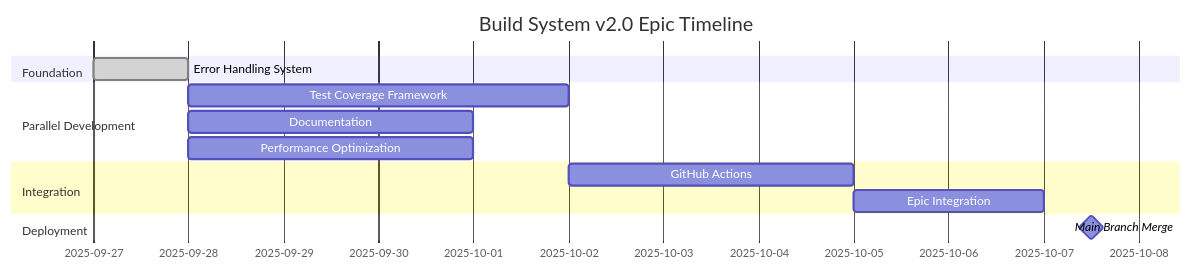
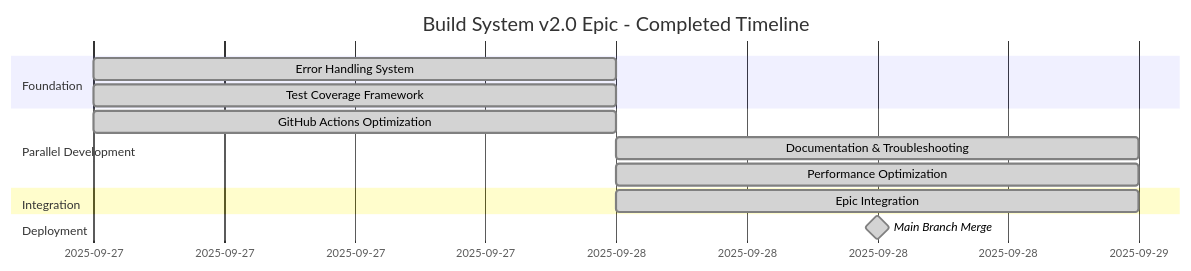
The second of 3 diagrams in docs/proposals/epic-2-build-system-v2-0/progress.md (info-tech-io/hugo-templates), drawn with Mermaid before and after one commit. The commit also changed other lines of this file and 2 other files, not shown here.

First line of the commit message:
docs(issue-14): add design documentation and reproduction plan

````diff
--- a/docs/proposals/epic-2-build-system-v2-0/progress.md
+++ b/docs/proposals/epic-2-build-system-v2-0/progress.md
@@ -70,16 +72,16 @@
 ```mermaid
 gantt
-    title Build System v2.0 Epic Timeline
+    title Build System v2.0 Epic - Completed Timeline
     dateFormat  YYYY-MM-DD
     section Foundation
     Error Handling System    :done, error-handling, 2025-09-27, 1d
+    Test Coverage Framework  :done, test-coverage, 2025-09-27, 1d
     section Parallel Development
-    Test Coverage Framework  :test-coverage, after error-handling, 4d
-    Documentation            :docs, after error-handling, 3d
-    Performance Optimization :performance, after error-handling, 3d
+    GitHub Actions Optimization :done, github-actions, 2025-09-27, 1d
+    Documentation & Troubleshooting :done, docs, 2025-09-28, 1d
+    Performance Optimization :done, performance, 2025-09-28, 1d
     section Integration
-    GitHub Actions           :github-actions, after test-coverage, 3d
-    Epic Integration         :integration, after github-actions, 2d
+    Epic Integration         :done, integration, 2025-09-28, 1d
     section Deployment
-    Main Branch Merge        :milestone, main-merge, after integration, 1d
+    Main Branch Merge        :milestone, done, main-merge, 2025-09-28, 1d
 ```
````
